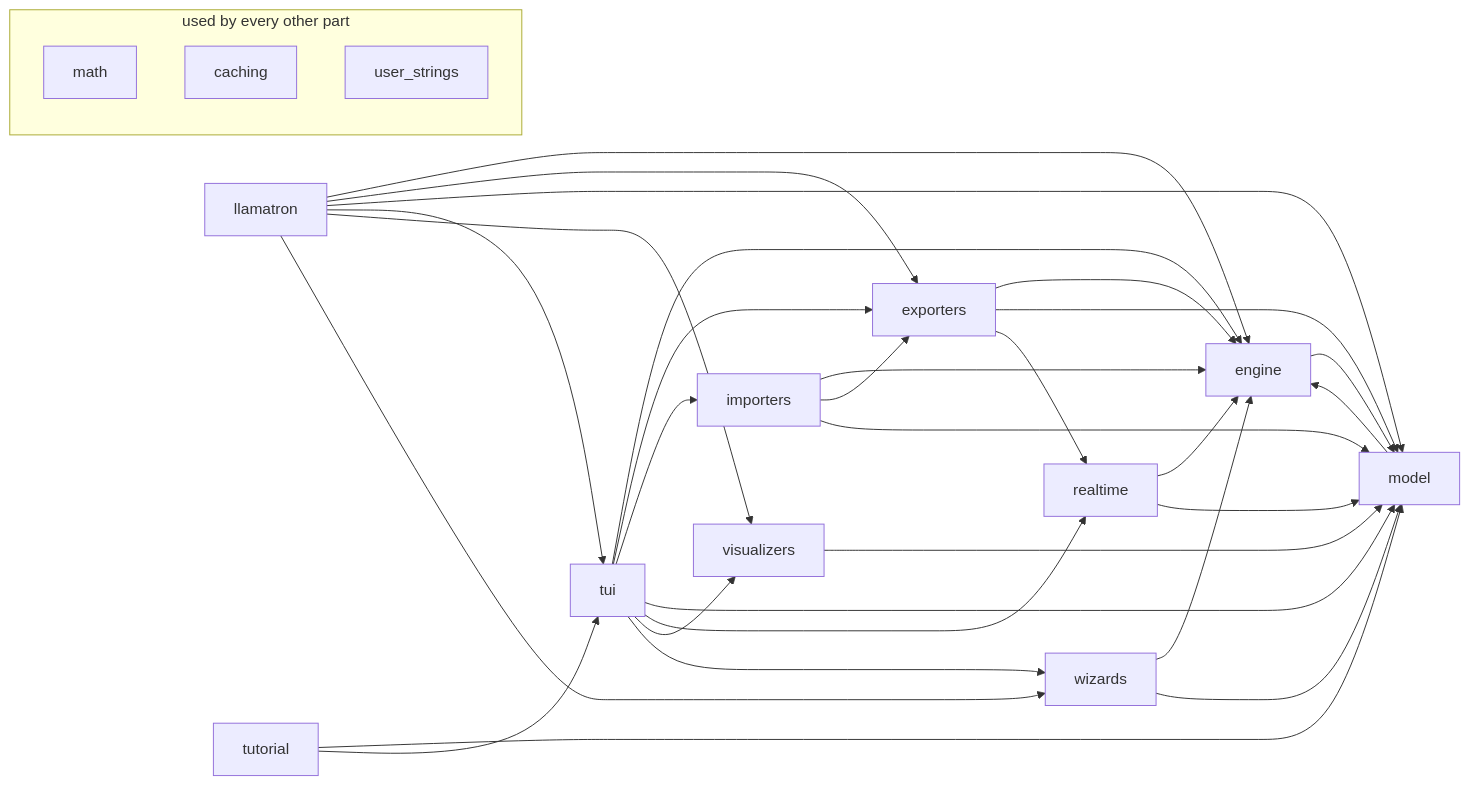
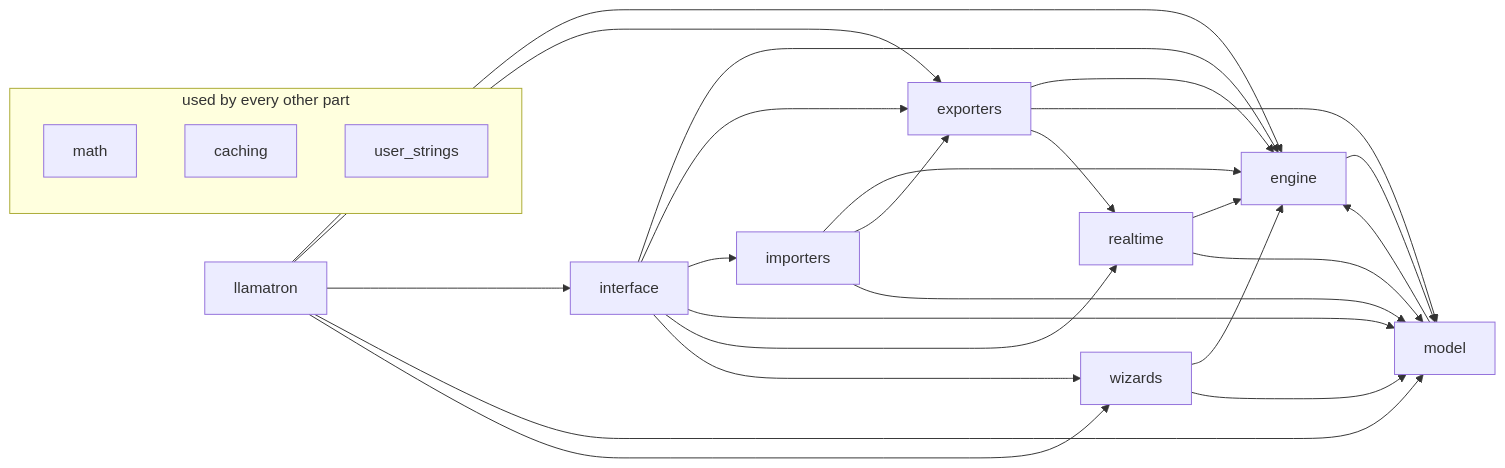
Before and after one commit to mpdehaan/llamatron: the second of 2 diagrams in docs/ARCHITECTURE.md, drawn with Mermaid. The commit also changed other lines of this file and 709 other files, not shown here.

Commit message:
The seventh step of the subsystem moves: the Interface is one package, the text UI as its tracker, beside the visualizers and the video tutorial, with their tests to match.

````diff
--- a/docs/ARCHITECTURE.md
+++ b/docs/ARCHITECTURE.md
@@ -126,46 +126,39 @@
 ```mermaid
 flowchart LR
-    tui["tui"]
+    interface["interface"]
     llamatron["llamatron"]
     model["model"]
     engine["engine"]
     exporters["exporters"]
     importers["importers"]
     realtime["realtime"]
-    tutorial["tutorial"]
-    visualizers["visualizers"]
     wizards["wizards"]
     subgraph everywhere ["used by every other part"]
     math["math"]
     caching["caching"]
     user_strings["user_strings"]
     end
     engine --> model
     exporters --> engine
     exporters --> model
     exporters --> realtime
     importers --> engine
     importers --> exporters
     importers --> model
+    interface --> engine
+    interface --> exporters
+    interface --> importers
+    interface --> model
+    interface --> realtime
+    interface --> wizards
     llamatron --> engine
     llamatron --> exporters
+    llamatron --> interface
     llamatron --> model
-    llamatron --> tui
-    llamatron --> visualizers
     llamatron --> wizards
     model --> engine
     realtime --> engine
     realtime --> model
-    tui --> engine
-    tui --> exporters
-    tui --> importers
-    tui --> model
-    tui --> realtime
-    tui --> visualizers
-    tui --> wizards
-    tutorial --> model
-    tutorial --> tui
-    visualizers --> model
     wizards --> engine
     wizards --> model
 ```
````
